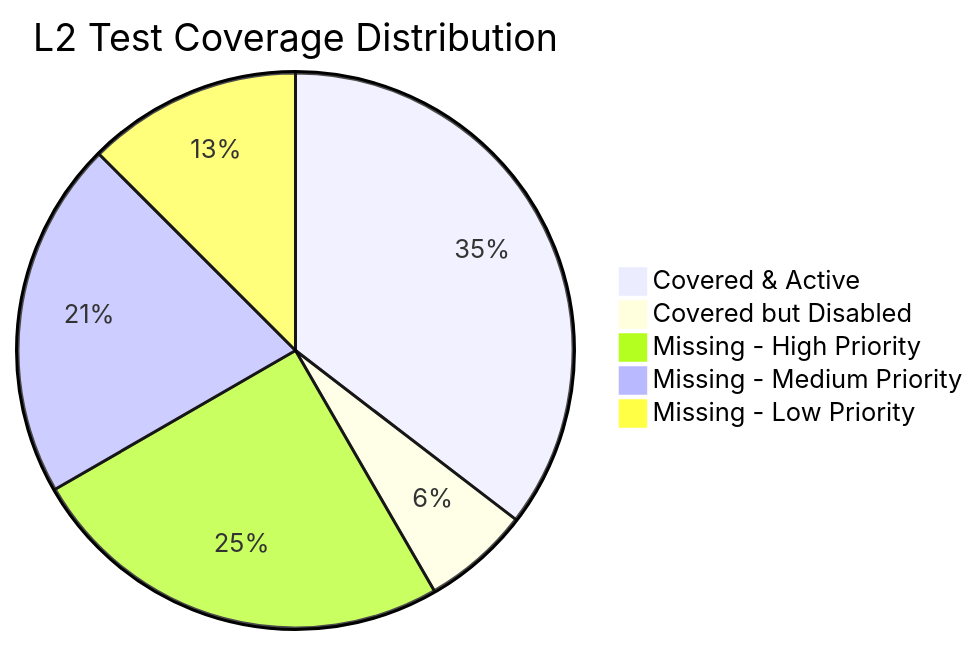
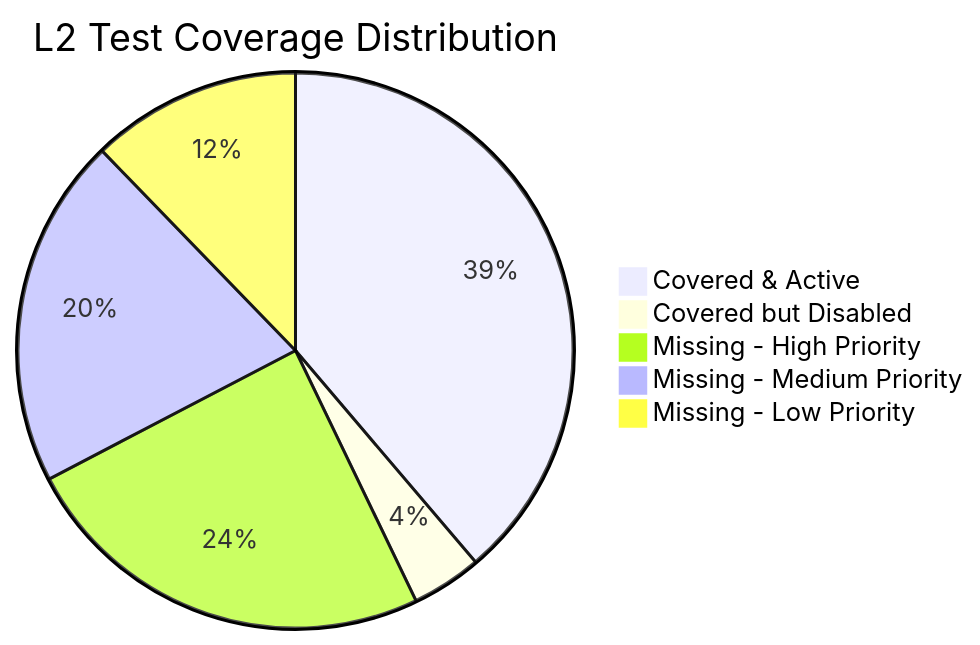
One commit to rdkcentral/rfc changed the second of 2 diagrams in test/docs/L2_Analysis_Report.md. Above: the diagram before and after it, drawn with Mermaid. The commit also changed other lines of this file and 1 other file, not shown here.

````diff
--- a/test/docs/L2_Analysis_Report.md
+++ b/test/docs/L2_Analysis_Report.md
@@ -209,8 +209,8 @@
 ```mermaid
 pie title L2 Test Coverage Distribution
-    "Covered & Active" : 17
-    "Covered but Disabled" : 3
+    "Covered & Active" : 19
+    "Covered but Disabled" : 2
     "Missing - High Priority" : 12
     "Missing - Medium Priority" : 10
     "Missing - Low Priority" : 6
 ```
````
